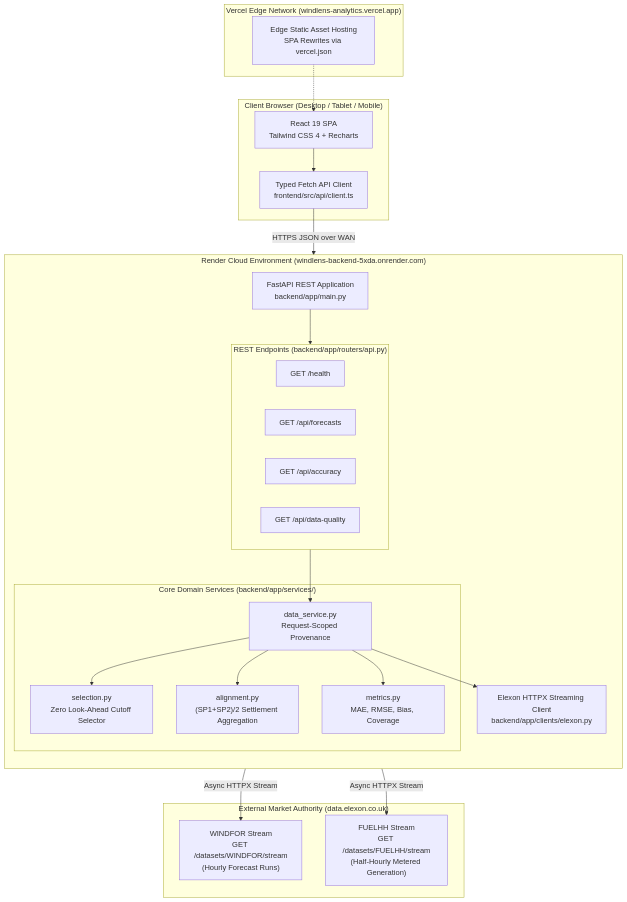
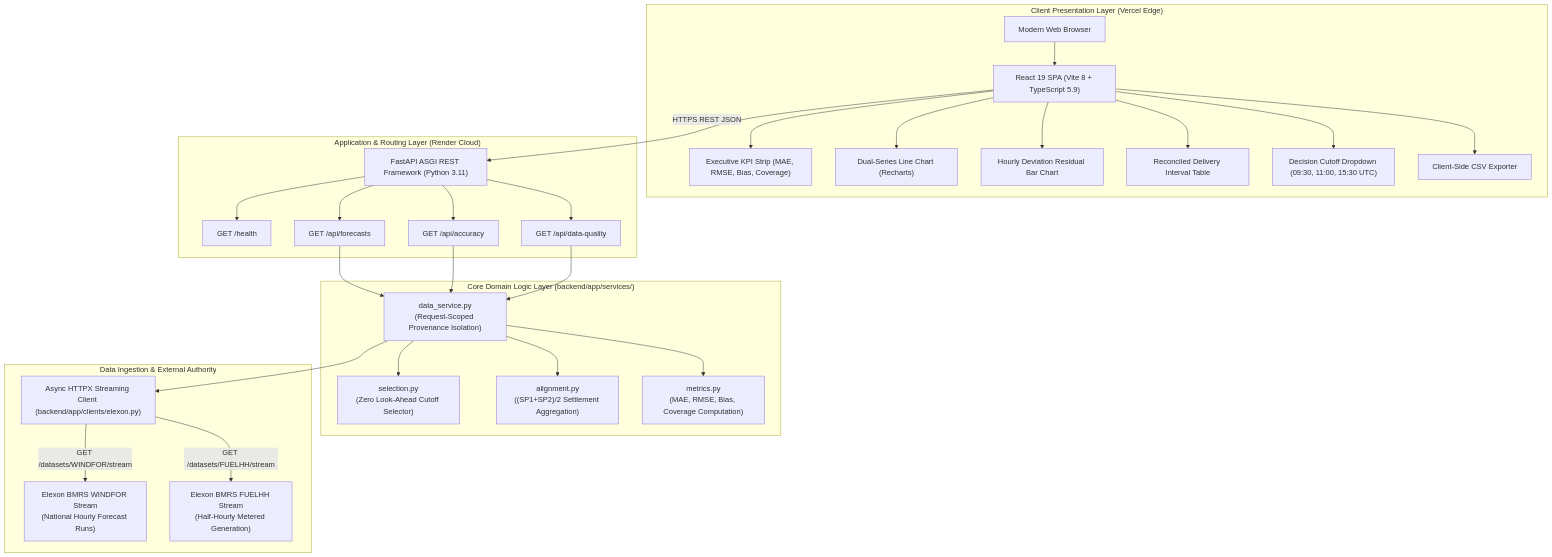
One commit to Kaushtubha/q7m2x9kp changed the first of 2 diagrams in README.md. Above: the diagram before and after it, drawn with Mermaid. The commit also changed other lines of this file, not shown here.

Commit message:
docs: elevate README to premium production presentation standard

````diff
--- a/README.md
+++ b/README.md
@@ -104,49 +135,46 @@
 ```mermaid
 graph TB
-    subgraph ClientLayer ["Client Browser (Desktop / Tablet / Mobile)"]
-        UI["React 19 SPA<br/>Tailwind CSS 4 + Recharts"]
-        ClientAPI["Typed Fetch API Client<br/>frontend/src/api/client.ts"]
+    subgraph ClientLayer ["Client Presentation Layer (Vercel Edge)"]
+        Browser["Modern Web Browser"]
+        SPA["React 19 SPA (Vite 8 + TypeScript 5.9)"]
+        KPICards["Executive KPI Strip (MAE, RMSE, Bias, Coverage)"]
+        LineChart["Dual-Series Line Chart (Recharts)"]
+        BarChart["Hourly Deviation Residual Bar Chart"]
+        AuditTable["Reconciled Delivery Interval Table"]
+        CutoffControl["Decision Cutoff Dropdown (09:30, 11:00, 15:30 UTC)"]
+        CSVExport["Client-Side CSV Exporter"]
     end
 
-    subgraph VercelEdge ["Vercel Edge Network (windlens-analytics.vercel.app)"]
-        VercelCDN["Edge Static Asset Hosting<br/>SPA Rewrites via vercel.json"]
+    subgraph APILayer ["Application & Routing Layer (Render Cloud)"]
+        FastAPIApp["FastAPI ASGI REST Framework (Python 3.11)"]
+        RouterHealth["GET /health"]
+        RouterForecasts["GET /api/forecasts"]
+        RouterAccuracy["GET /api/accuracy"]
+        RouterQuality["GET /api/data-quality"]
     end
 
-    subgraph RenderCloud ["Render Cloud Environment (windlens-backend-5xda.onrender.com)"]
-        direction TB
-        FastAPIApp["FastAPI REST Application<br/>backend/app/main.py"]
-        
-        subgraph APIRouters ["REST Endpoints (backend/app/routers/api.py)"]
-            HRoute["GET /health"]
-            FRoute["GET /api/forecasts"]
-            ARoute["GET /api/accuracy"]
-            QRoute["GET /api/data-quality"]
-        end
-
-        subgraph DomainServices ["Core Domain Services (backend/app/services/)"]
-            DataSvc["data_service.py<br/>Request-Scoped Provenance"]
-            SelectionSvc["selection.py<br/>Zero Look-Ahead Cutoff Selector"]
-            AlignmentSvc["alignment.py<br/>(SP1+SP2)/2 Settlement Aggregation"]
-            MetricsSvc["metrics.py<br/>MAE, RMSE, Bias, Coverage"]
-        end
-
-        BMRSClient["Elexon HTTPX Streaming Client<br/>backend/app/clients/elexon.py"]
+    subgraph ServiceLayer ["Core Domain Logic Layer (backend/app/services/)"]
+        DataService["data_service.py<br/>(Request-Scoped Provenance Isolation)"]
+        SelectionService["selection.py<br/>(Zero Look-Ahead Cutoff Selector)"]
+        AlignmentService["alignment.py<br/>((SP1+SP2)/2 Settlement Aggregation)"]
+        MetricsService["metrics.py<br/>(MAE, RMSE, Bias, Coverage Computation)"]
     end
 
-    subgraph ElexonBMRS ["External Market Authority (data.elexon.co.uk)"]
-        WFStream["WINDFOR Stream<br/>GET /datasets/WINDFOR/stream<br/>(Hourly Forecast Runs)"]
-        FHStream["FUELHH Stream<br/>GET /datasets/FUELHH/stream<br/>(Half-Hourly Metered Generation)"]
+    subgraph IngestionLayer ["Data Ingestion & External Authority"]
+        HTTPXClient["Async HTTPX Streaming Client (backend/app/clients/elexon.py)"]
+        WINDFORStream["Elexon BMRS WINDFOR Stream<br/>(National Hourly Forecast Runs)"]
+        FUELHHStream["Elexon BMRS FUELHH Stream<br/>(Half-Hourly Metered Generation)"]
     end
 
-    UI --> ClientAPI
-    VercelCDN -.-> UI
-    ClientAPI -->|HTTPS JSON over WAN| FastAPIApp
-    FastAPIApp --> APIRouters
-    APIRouters --> DataSvc
-    DataSvc --> SelectionSvc
-    DataSvc --> AlignmentSvc
-    DataSvc --> MetricsSvc
-    DataSvc --> BMRSClient
-    BMRSClient -->|Async HTTPX Stream| WFStream
-    BMRSClient -->|Async HTTPX Stream| FHStream
+    Browser --> SPA
+    SPA --> KPICards & LineChart & BarChart & AuditTable & CutoffControl & CSVExport
+    SPA -->|HTTPS REST JSON| FastAPIApp
+    FastAPIApp --> RouterHealth & RouterForecasts & RouterAccuracy & RouterQuality
+    RouterForecasts & RouterAccuracy & RouterQuality --> DataService
+    DataService --> SelectionService
+    DataService --> AlignmentService
+    DataService --> MetricsService
+    DataService --> HTTPXClient
+    HTTPXClient -->|GET /datasets/WINDFOR/stream| WINDFORStream
+    HTTPXClient -->|GET /datasets/FUELHH/stream| FUELHHStream
 ```
````
